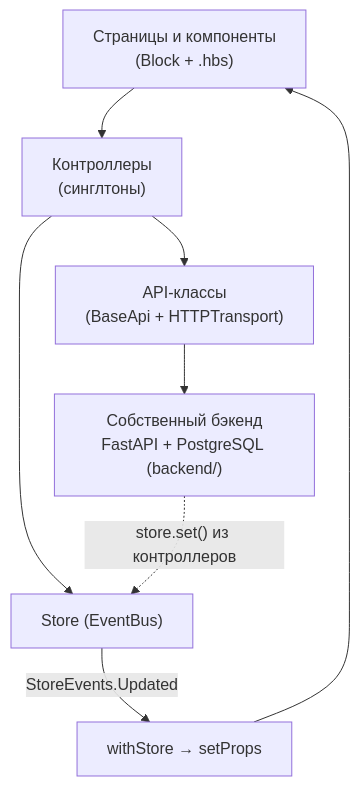
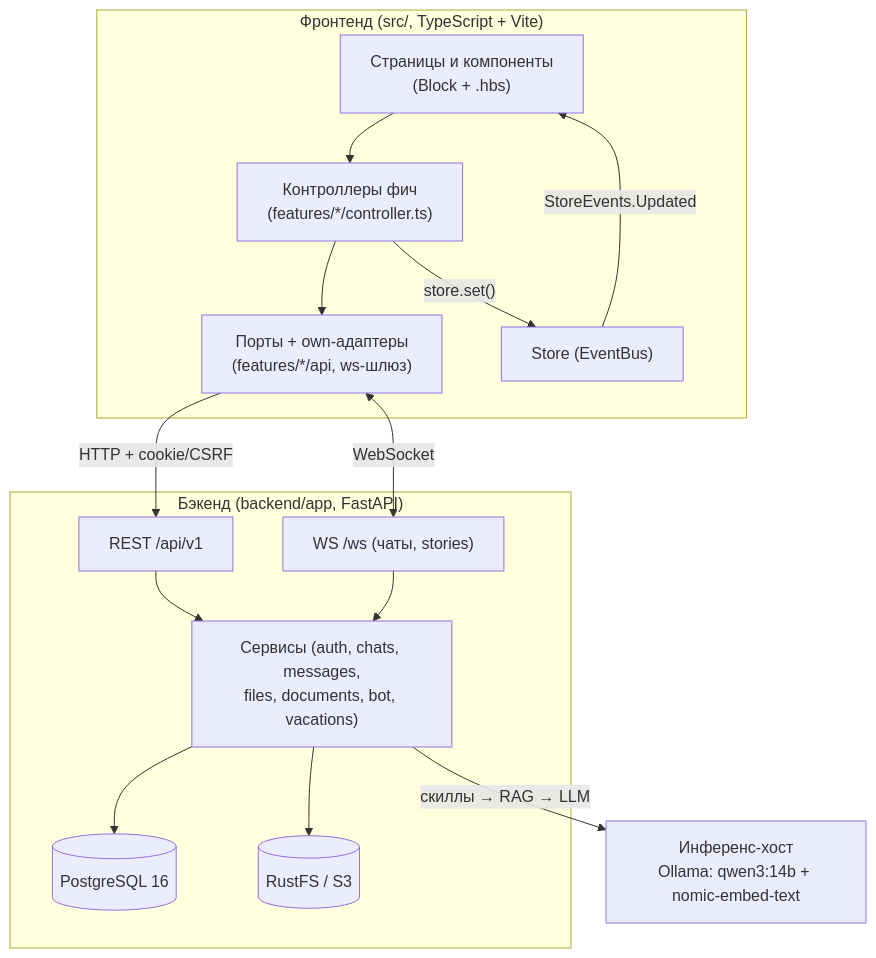
Before and after one commit to BJuice1984/chatty: the diagram in docs/arch/README.md, drawn with Mermaid. The commit also changed other lines of this file and 10 other files, not shown here.

First line of the commit message:
docs: product README and full architecture refresh

````diff
--- a/docs/arch/README.md
+++ b/docs/arch/README.md
@@ -19,10 +33,28 @@
 ```mermaid
 flowchart TD
-    UI["Страницы и компоненты<br/>(Block + .hbs)"] --> C["Контроллеры<br/>(синглтоны)"]
-    C --> API["API-классы<br/>(BaseApi + HTTPTransport)"]
-    API --> BE["Собственный бэкенд<br/>FastAPI + PostgreSQL (backend/)"]
-    C --> ST["Store (EventBus)"]
-    BE -.->|"store.set() из контроллеров"| ST
-    ST -->|"StoreEvents.Updated"| WS["withStore → setProps"]
-    WS --> UI
+    subgraph FE["Фронтенд (src/, TypeScript + Vite)"]
+        UI["Страницы и компоненты<br/>(Block + .hbs)"]
+        CTRL["Контроллеры фич<br/>(features/*/controller.ts)"]
+        PORTS["Порты + own-адаптеры<br/>(features/*/api, ws-шлюз)"]
+        STORE["Store (EventBus)"]
+    end
+    subgraph BE["Бэкенд (backend/app, FastAPI)"]
+        REST["REST /api/v1"]
+        WS["WS /ws (чаты, stories)"]
+        SVC["Сервисы (auth, chats, messages,<br/>files, documents, bot, vacations)"]
+        DB[(PostgreSQL 16)]
+        S3[(RustFS / S3)]
+    end
+    LLM["Инференс-хост<br/>Ollama: qwen3:14b + nomic-embed-text"]
+
+    UI --> CTRL --> PORTS
+    PORTS -->|HTTP + cookie/CSRF| REST
+    PORTS <-->|WebSocket| WS
+    REST --> SVC
+    WS --> SVC
+    SVC --> DB
+    SVC --> S3
+    SVC -->|"скиллы → RAG → LLM"| LLM
+    CTRL -->|"store.set()"| STORE
+    STORE -->|"StoreEvents.Updated"| UI
 ```
````
